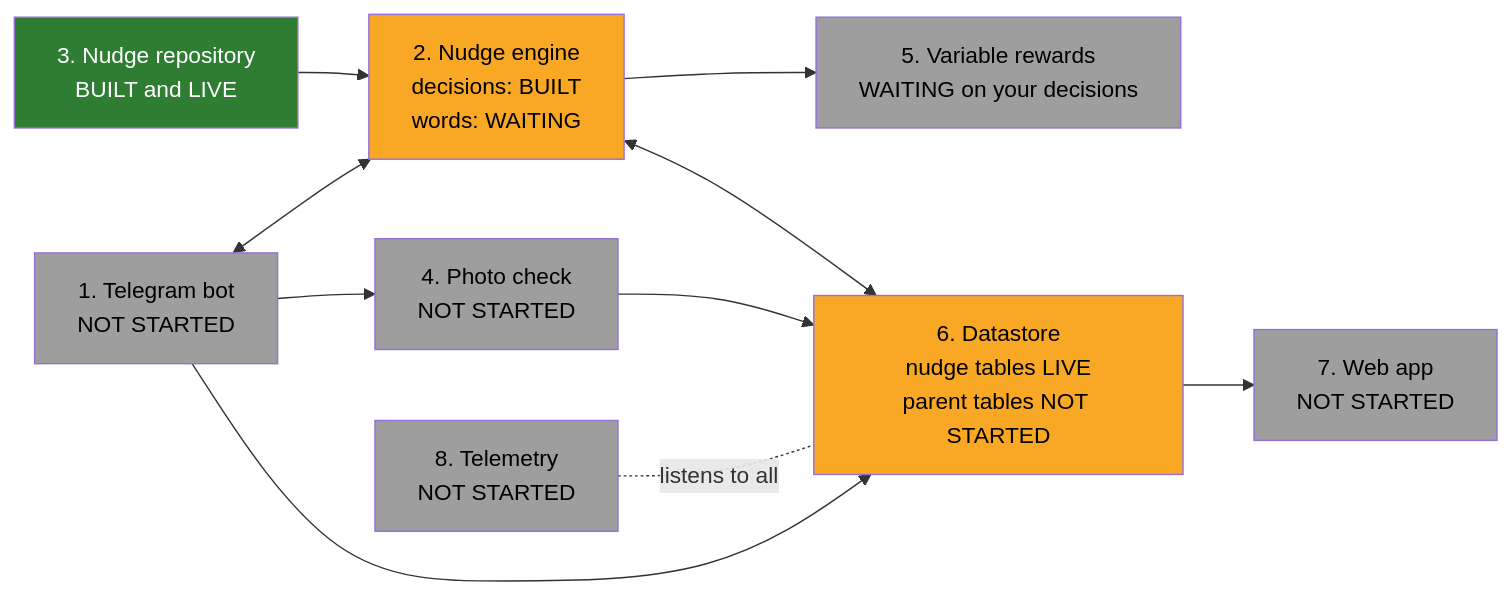
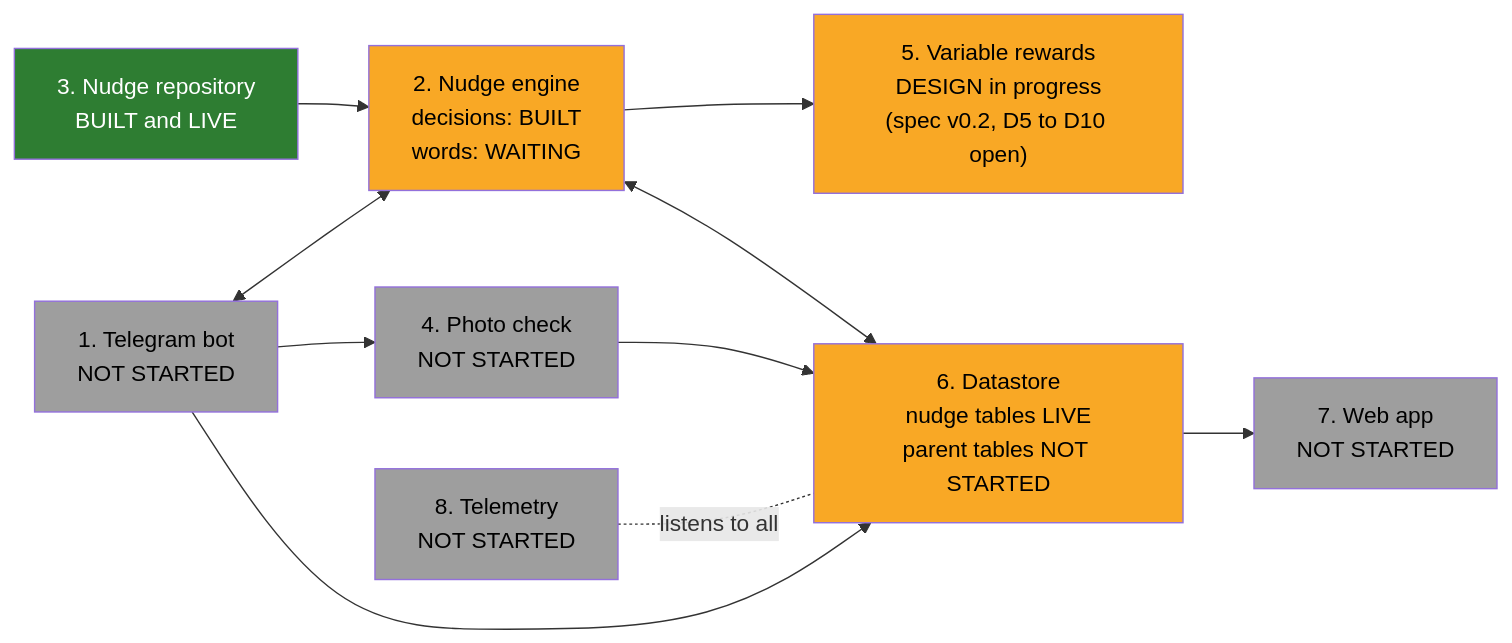
One commit to WeiLieh/FamilyHabitBuilder changed the diagram in docs/CATCH-UP.md. Above: the diagram before and after it, drawn with Mermaid. The commit also changed other lines of this file and 2 other files, not shown here.

````diff
--- a/docs/CATCH-UP.md
+++ b/docs/CATCH-UP.md
@@ -13,25 +13,25 @@
 ```mermaid
 flowchart LR
     telegram["1. Telegram bot<br/>NOT STARTED"]:::todo
     engine["2. Nudge engine<br/>decisions: BUILT<br/>words: WAITING"]:::part
     repository["3. Nudge repository<br/>BUILT and LIVE"]:::done
     photo["4. Photo check<br/>NOT STARTED"]:::todo
-    rewards["5. Variable rewards<br/>WAITING on your decisions"]:::todo
+    rewards["5. Variable rewards<br/>DESIGN in progress<br/>(spec v0.2, D5 to D10 open)"]:::part
     datastore["6. Datastore<br/>nudge tables LIVE<br/>parent tables NOT STARTED"]:::part
     webapp["7. Web app<br/>NOT STARTED"]:::todo
     telemetry["8. Telemetry<br/>NOT STARTED"]:::todo
 
     telegram <--> engine
     repository --> engine
     engine --> rewards
     engine <--> datastore
     telegram --> photo
     photo --> datastore
     telegram --> datastore
     datastore --> webapp
     telemetry -. listens to all .- datastore
 
     classDef done fill:#2e7d32,color:#ffffff
     classDef part fill:#f9a825,color:#000000
     classDef todo fill:#9e9e9e,color:#000000
 ```
````
